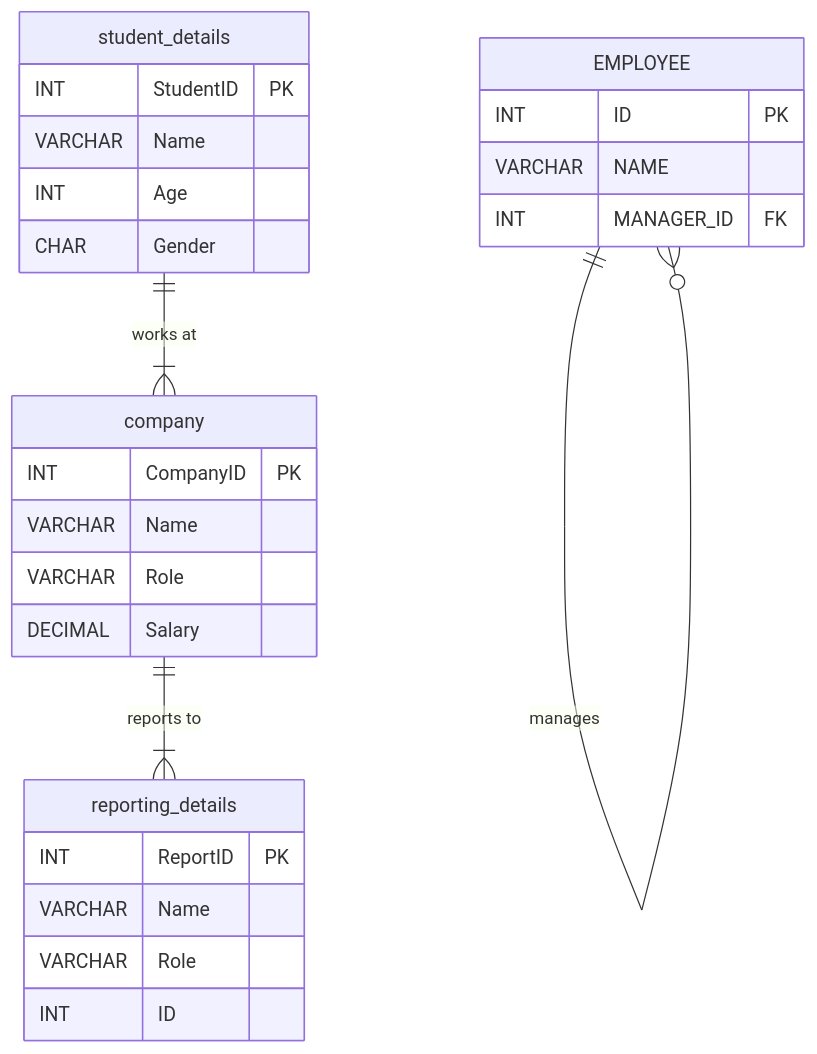
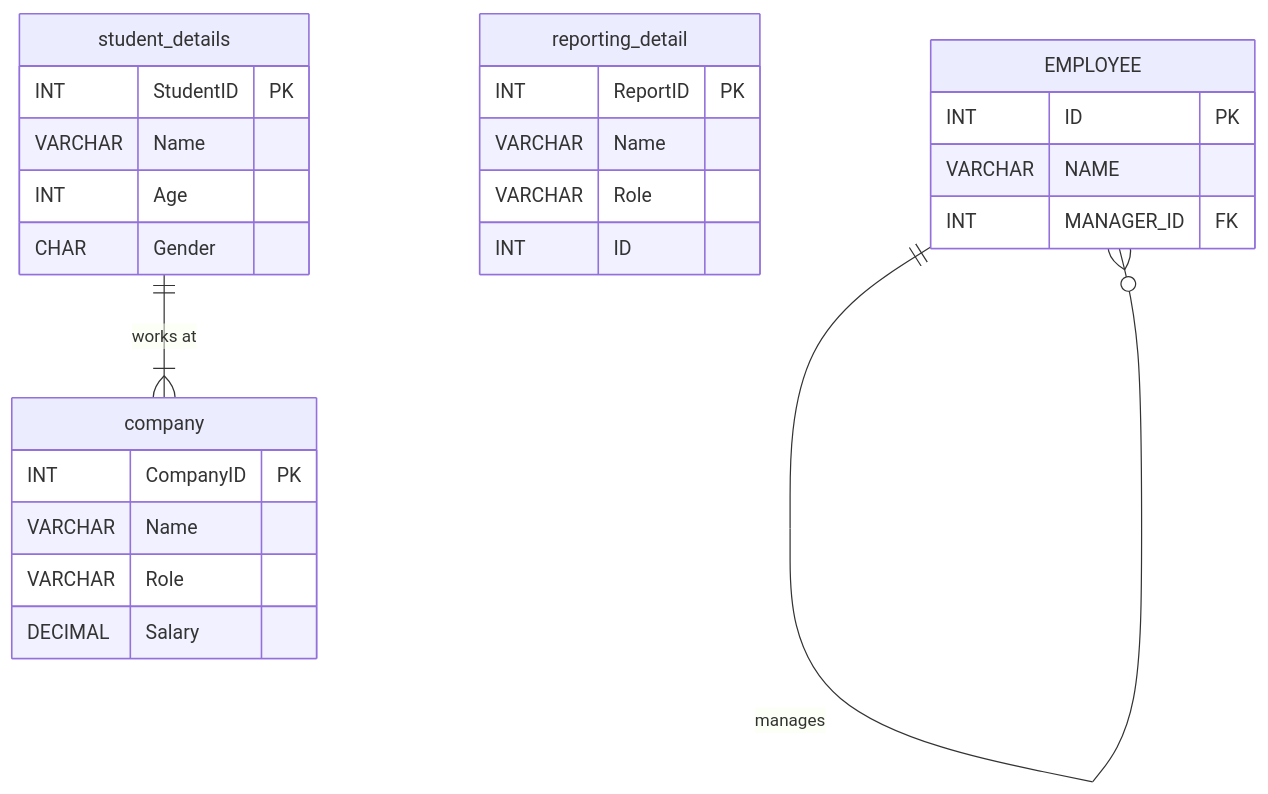
The second of 2 diagrams in SDHub-DS/00 Notes/04_SQL/My_Notes/04 SQL Joins.md (riyann00b/SDHub-DS), drawn with Mermaid before and after one commit. The commit also changed other lines of this file, not shown here.

````diff
--- a/SDHub-DS/00 Notes/04_SQL/My_Notes/04 SQL Joins.md
+++ b/SDHub-DS/00 Notes/04_SQL/My_Notes/04 SQL Joins.md
@@ -127,30 +121,29 @@
 ```mermaid
 erDiagram
     student_details {
         INT StudentID PK
         VARCHAR Name
         INT Age
         CHAR Gender
     }
     company {
         INT CompanyID PK
         VARCHAR Name
         VARCHAR Role
         DECIMAL Salary
     }
-    reporting_details {
+    reporting_detail {
         INT ReportID PK
         VARCHAR Name
         VARCHAR Role
         INT ID
     }
     EMPLOYEE {
         INT ID PK
         VARCHAR NAME
         INT MANAGER_ID FK
     }
 
     student_details ||--|{ company : "works at"
-    company ||--|{ reporting_details : "reports to"
     EMPLOYEE ||--o{ EMPLOYEE : "manages"
 ```
````
